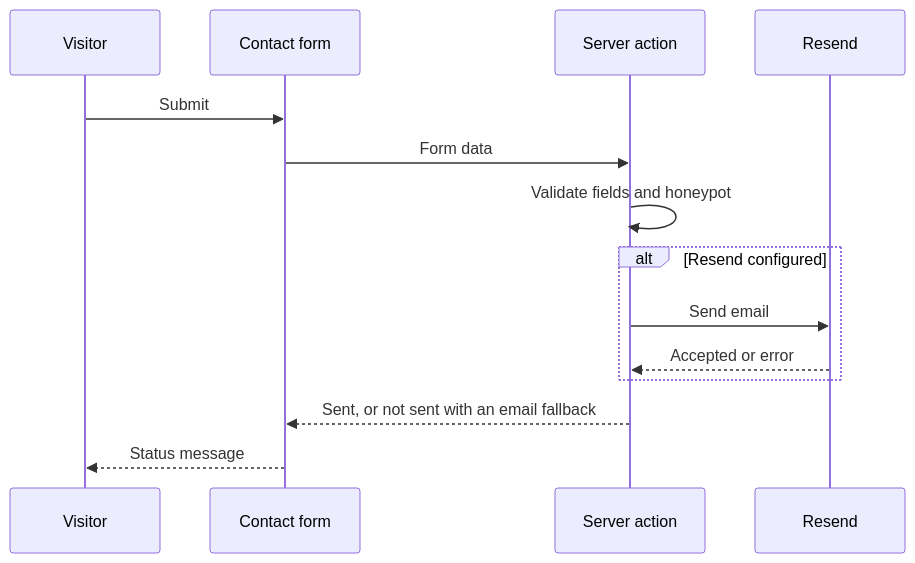
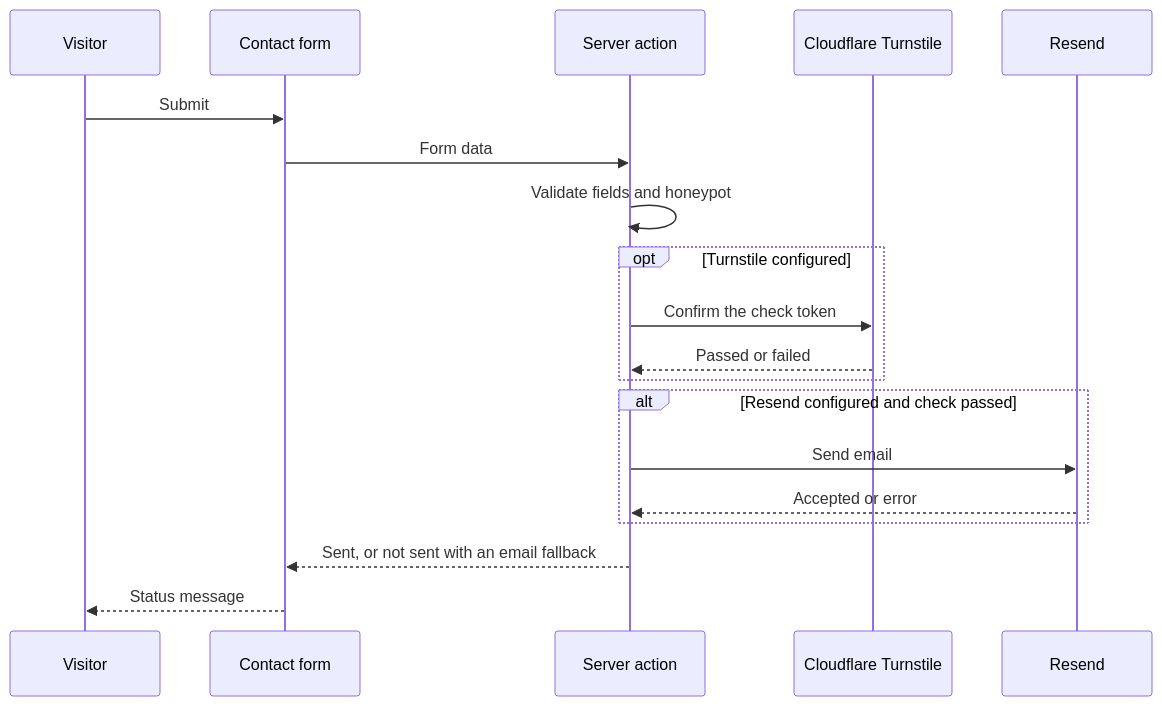
Before and after one commit to vinzpauloo/Fundamental-IT-Solutions: the diagram in docs/architecture/system-design.md, drawn with Mermaid. The commit also changed other lines of this file and 2 other files, not shown here.

Commit message:
docs: document the Turnstile settings and legacy service redirects

````diff
--- a/docs/architecture/system-design.md
+++ b/docs/architecture/system-design.md
@@ -62,17 +62,22 @@
 ```mermaid
 sequenceDiagram
     participant Visitor
     participant Form as Contact form
     participant Action as Server action
+    participant Turnstile as Cloudflare Turnstile
     participant Resend
 
     Visitor->>Form: Submit
     Form->>Action: Form data
     Action->>Action: Validate fields and honeypot
-    alt Resend configured
+    opt Turnstile configured
+        Action->>Turnstile: Confirm the check token
+        Turnstile-->>Action: Passed or failed
+    end
+    alt Resend configured and check passed
         Action->>Resend: Send email
         Resend-->>Action: Accepted or error
     end
     Action-->>Form: Sent, or not sent with an email fallback
     Form-->>Visitor: Status message
 ```
````
